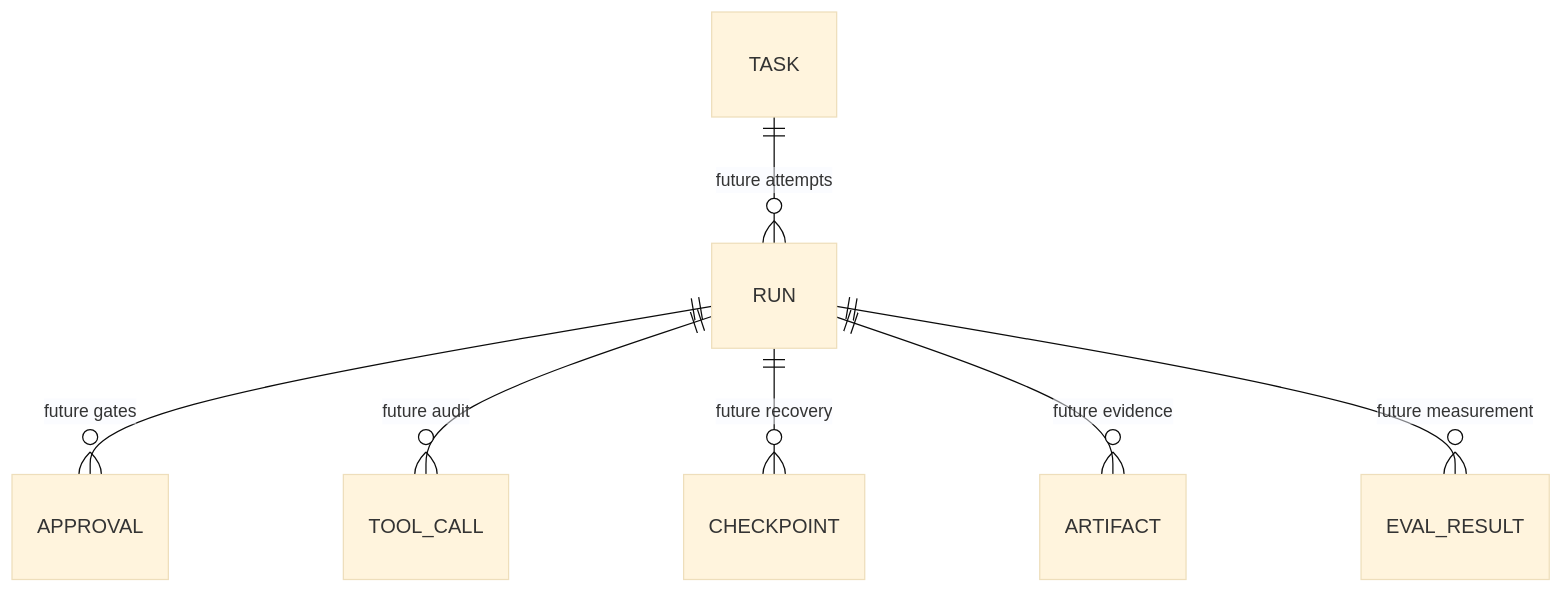
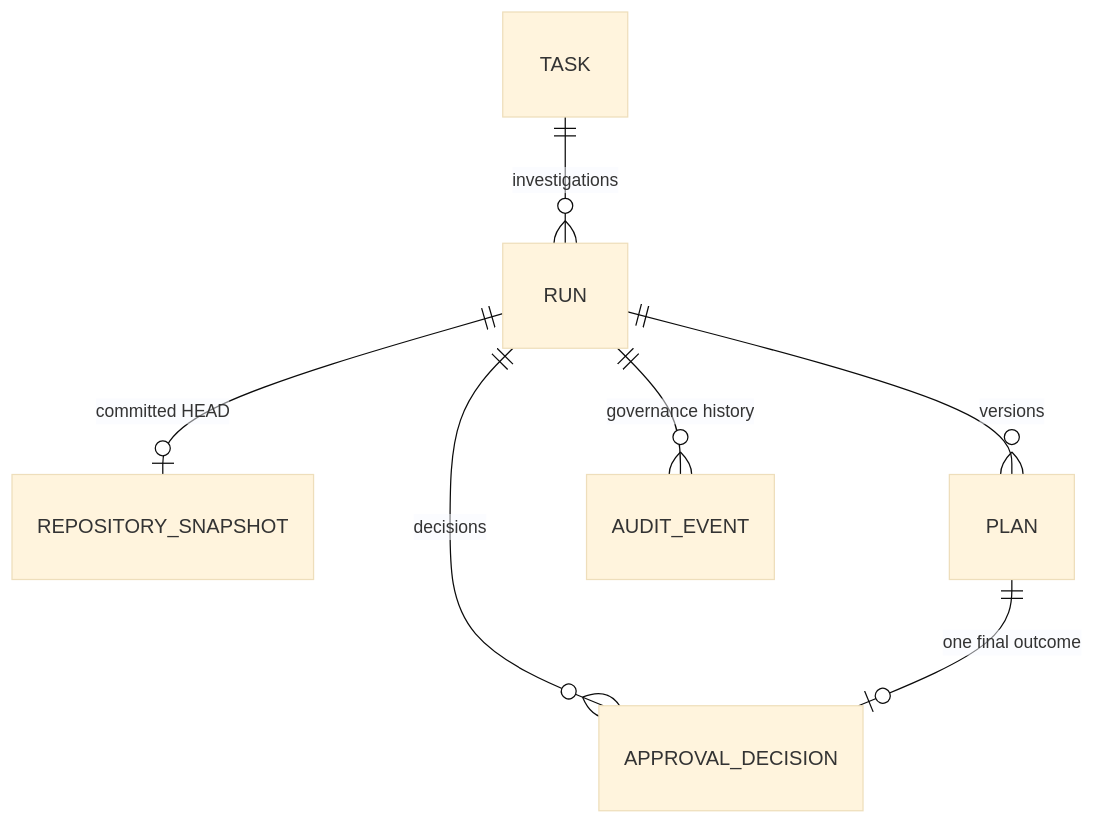
Before and after one commit to dankk0220abc-prog/visual-engineer: the diagram in docs/architecture/data-model.md, drawn with Mermaid (base theme). The commit also changed other lines of this file and 74 other files, not shown here.

````diff
--- a/docs/architecture/data-model.md
+++ b/docs/architecture/data-model.md
@@ -71,9 +80,9 @@
 ```mermaid
 erDiagram
-    TASK ||--o{ RUN : "future attempts"
-    RUN ||--o{ APPROVAL : "future gates"
-    RUN ||--o{ TOOL_CALL : "future audit"
-    RUN ||--o{ CHECKPOINT : "future recovery"
-    RUN ||--o{ ARTIFACT : "future evidence"
-    RUN ||--o{ EVAL_RESULT : "future measurement"
+    TASK ||--o{ RUN : "investigations"
+    RUN ||--o| REPOSITORY_SNAPSHOT : "committed HEAD"
+    RUN ||--o{ PLAN : "versions"
+    RUN ||--o{ APPROVAL_DECISION : "decisions"
+    PLAN ||--o| APPROVAL_DECISION : "one final outcome"
+    RUN ||--o{ AUDIT_EVENT : "governance history"
 ```
````
